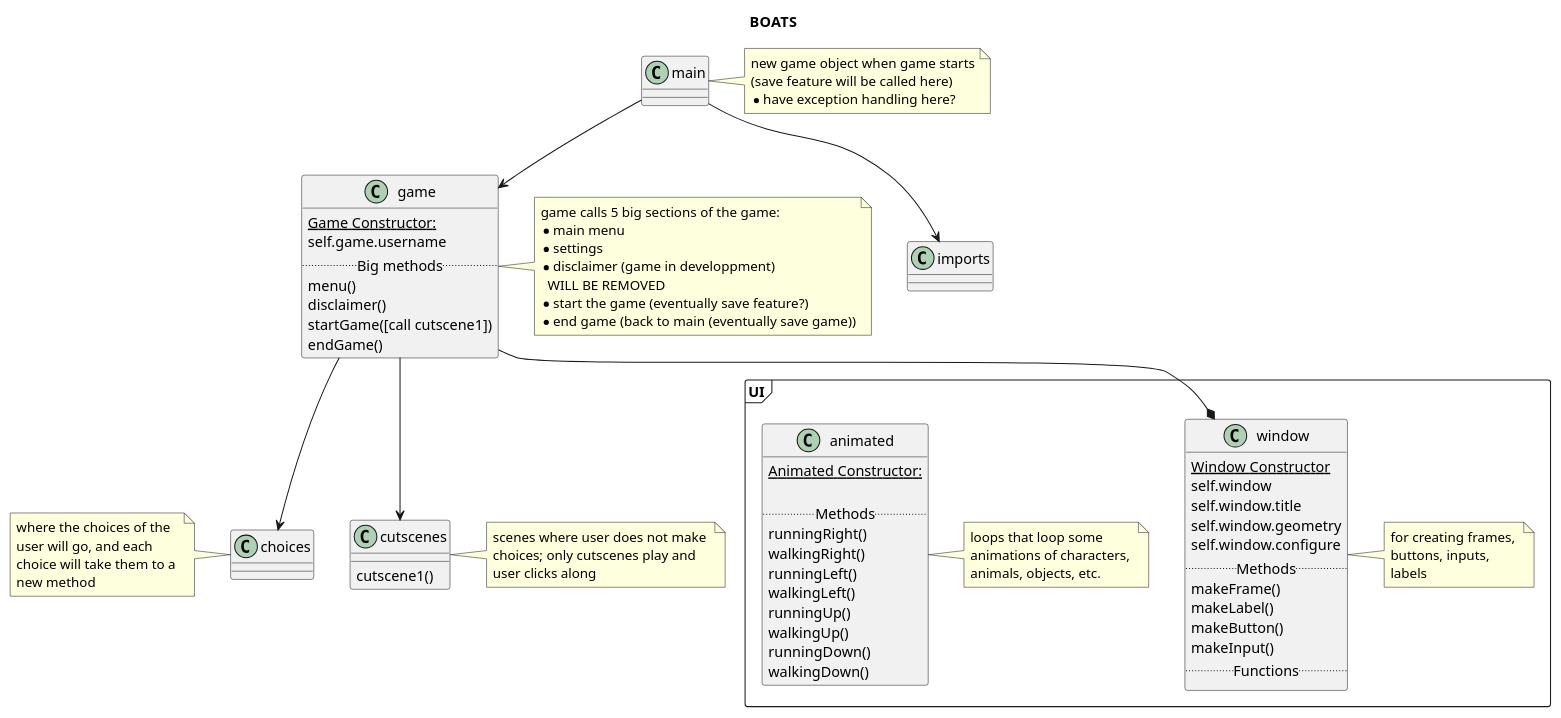
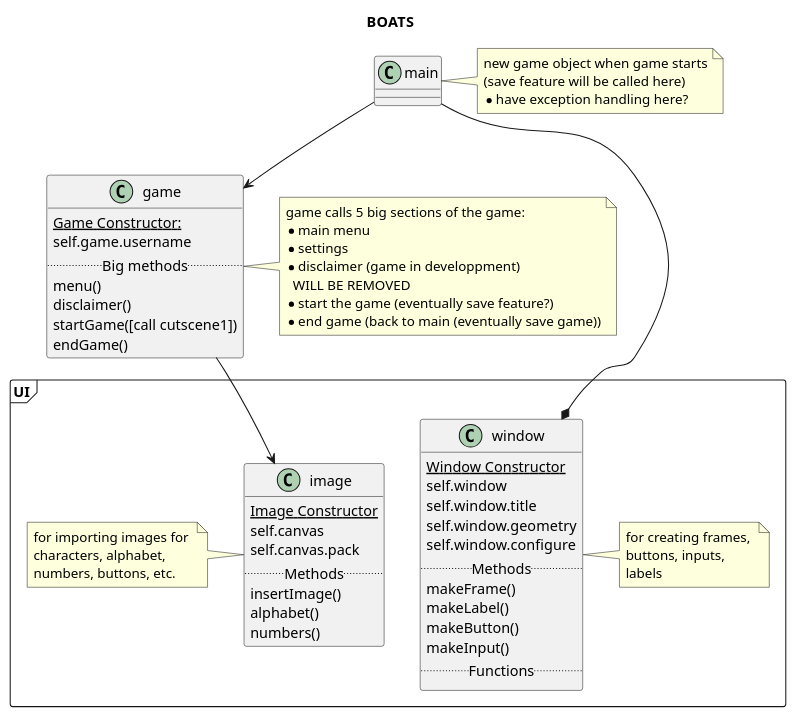
One commit to kbph05/BOATS changed the diagram in map.puml. Above: the diagram before and after it, drawn with PlantUML. The commit also changed 9 other files, not shown here.

Commit message:
feat: buttons now work with images instead of plain text

```diff
--- a/map.puml
+++ b/map.puml
@@ -1,119 +1,118 @@
 @startuml map
 title BOATS 
 
 
-class cutscenes {
-    cutscene1()
-}
+' class cutscenes {
+'     cutscene1()
+' }
 
-note right of cutscenes
-scenes where user does not make 
-choices; only cutscenes play and
-user clicks along
-end note
+' note right of cutscenes
+' scenes where user does not make 
+' choices; only cutscenes play and
+' user clicks along
+' end note
 
 
 class main {
 
 }
 note right of main
 new game object when game starts
 (save feature will be called here)
 *have exception handling here?
 end note
 
-class choices {
+' class choices {
 
-}
-note left of choices
-where the choices of the 
-user will go, and each 
-choice will take them to a 
-new method
-end note
+' }
+' note left of choices
+' where the choices of the 
+' user will go, and each 
+' choice will take them to a 
+' new method
+' end note
 
 class game {
     {static} Game Constructor:
         self.game.username
     ..Big methods..
     menu()
     disclaimer()
     startGame([call cutscene1])
     endGame()
 }
 note right of game
 game calls 5 big sections of the game:
 * main menu
 * settings
 * disclaimer (game in developpment) 
   WILL BE REMOVED
 * start the game (eventually save feature?)
 * end game (back to main (eventually save game))
 end note
 
 package UI <<frame>> {
     class window {
         {static} Window Constructor
             self.window
             self.window.title
             self.window.geometry
             self.window.configure
         .. Methods ..
         makeFrame()
         makeLabel()
         makeButton()
         makeInput()
         ..Functions..
     }
 
     note right of window 
     for creating frames, 
     buttons, inputs, 
     labels
     end note
 
-    ' class image {
-    '     {static} Image Constructor
-    '         self.canvas
-    '         self.canvas.pack
-    '     .. Methods ..
-    '     insertImage()
-    '     alphabet()
-    '     numbers()
+    class image {
+        {static} Image Constructor
+            self.canvas
+            self.canvas.pack
+        .. Methods ..
+        insertImage()
+        alphabet()
+        numbers()
+    }
+    note left of image
+    for importing images for 
+    characters, alphabet, 
+    numbers, buttons, etc.
+    end note
+
+    ' class animated {
+    '     {static} Animated Constructor:
+        
+    '     ..Methods..
+    '     runningRight()
+    '     walkingRight()
+    '     runningLeft()
+    '     walkingLeft()
+    '     runningUp()
+    '     walkingUp()
+    '     runningDown()
+    '     walkingDown()
     ' }
-    ' note left of image
-    ' for importing images for 
-    ' characters, alphabet, 
-    ' numbers, buttons, etc.
+    ' note right of animated
+    ' loops that loop some 
+    ' animations of characters, 
+    ' animals, objects, etc.
     ' end note
-
-    class animated {
-        {static} Animated Constructor:
-        
-        ..Methods..
-        runningRight()
-        walkingRight()
-        runningLeft()
-        walkingLeft()
-        runningUp()
-        walkingUp()
-        runningDown()
-        walkingDown()
-    }
-    note right of animated
-    loops that loop some 
-    animations of characters, 
-    animals, objects, etc.
-    end note
 }
 main --> game 
-main --> imports
-game --> cutscenes 
+' game --> cutscenes 
 
 ' cutscenes --> image
-' animated --> image
-game --> choices 
-game --* window
+game --> image
+' game --> choices 
+main --* window
 
 
 @enduml
```
